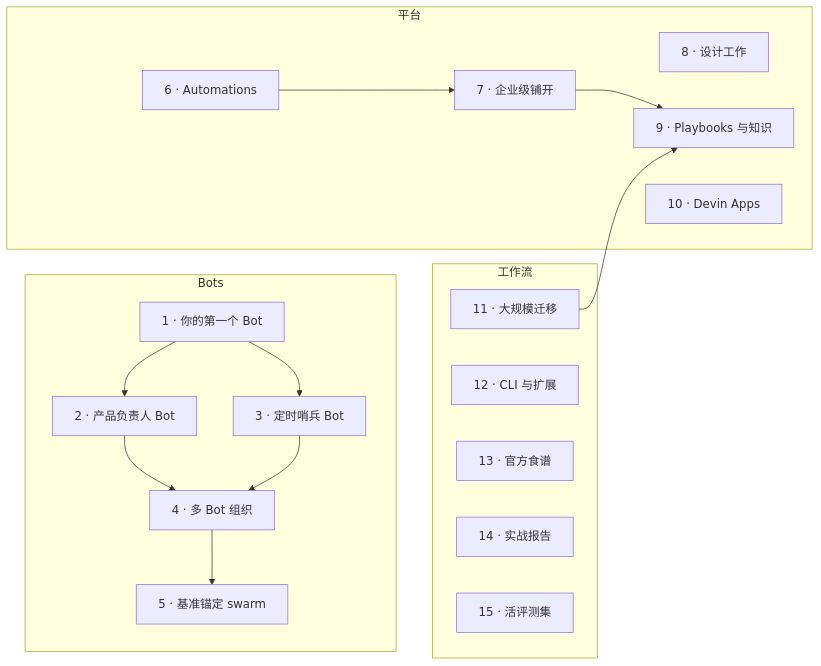
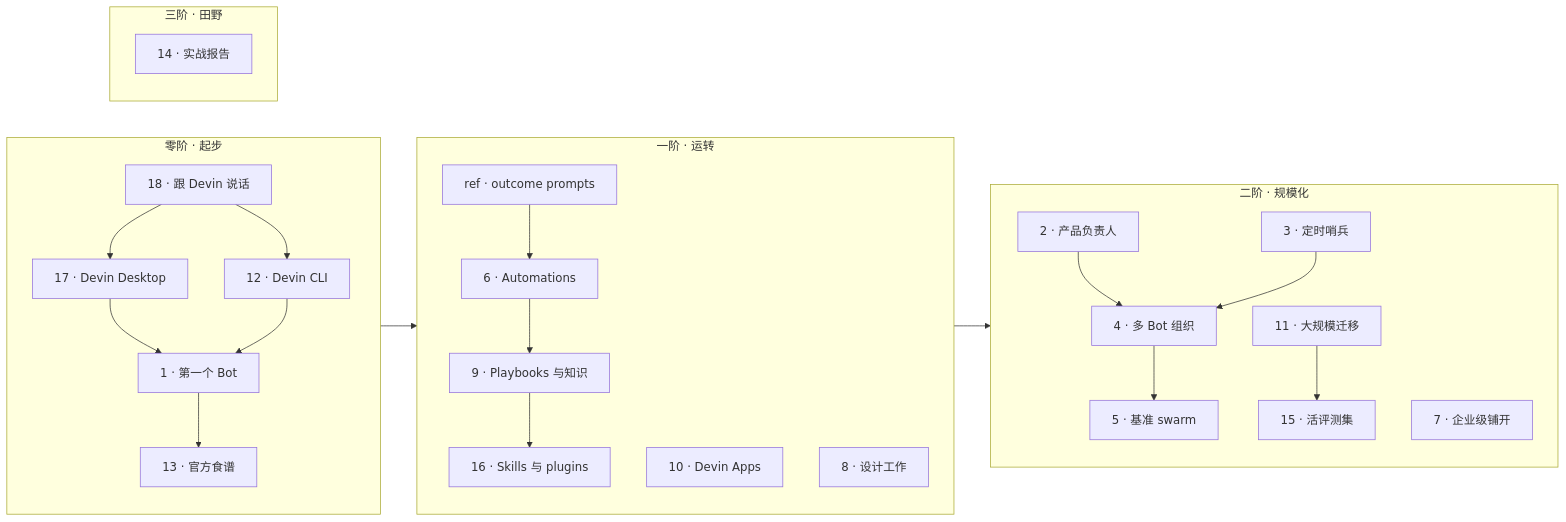
One commit to Till3005/build-with-devin changed the diagram in README.zh.md. Above: the diagram before and after it, drawn with Mermaid. The commit also changed other lines of this file and 11 other files, not shown here.

Commit message:
Restructure into 4-stage curriculum + Guide 18 Talking to Devin (4 langs) + bots-101 bounded-assignment/access/usage sections

````diff
--- a/README.zh.md
+++ b/README.zh.md
@@ -27,25 +27,28 @@
 ```mermaid
 flowchart LR
-    subgraph Bots
-      G1["1 · 你的第一个 Bot"] --> G2["2 · 产品负责人 Bot"]
-      G1 --> G3["3 · 定时哨兵 Bot"]
-      G2 --> G4["4 · 多 Bot 组织"]
-      G3 --> G4
-      G4 --> G5["5 · 基准锚定 swarm"]
+    subgraph S0["零阶 · 起步"]
+      G18["18 · 跟 Devin 说话"] --> G17["17 · Devin Desktop"]
+      G18 --> G12["12 · Devin CLI"]
+      G17 --> G1["1 · 第一个 Bot"]
+      G12 --> G1
+      G1 --> G13["13 · 官方食谱"]
     end
-    subgraph 平台
-      G6["6 · Automations"] --> G7["7 · 企业级铺开"]
+    subgraph S1["一阶 · 运转"]
+      GP["ref · outcome prompts"] --> G6["6 · Automations"]
+      G6 --> G9["9 · Playbooks 与知识"]
+      G9 --> G16["16 · Skills 与 plugins"]
+      G10["10 · Devin Apps"]
       G8["8 · 设计工作"]
-      G9["9 · Playbooks 与知识"]
-      G10["10 · Devin Apps"]
     end
-    subgraph 工作流
-      G11["11 · 大规模迁移"]
-      G12["12 · CLI 与扩展"]
-      G13["13 · 官方食谱"]
+    subgraph S2["二阶 · 规模化"]
+      G2["2 · 产品负责人"] --> G4["4 · 多 Bot 组织"]
+      G3["3 · 定时哨兵"] --> G4
+      G4 --> G5["5 · 基准 swarm"]
+      G11["11 · 大规模迁移"] --> G15["15 · 活评测集"]
+      G7["7 · 企业级铺开"]
+    end
+    subgraph S3["三阶 · 田野"]
       G14["14 · 实战报告"]
-      G15["15 · 活评测集"]
     end
-    G7 --> G9
-    G11 --> G9
+    S0 --> S1 --> S2
 ```
````
